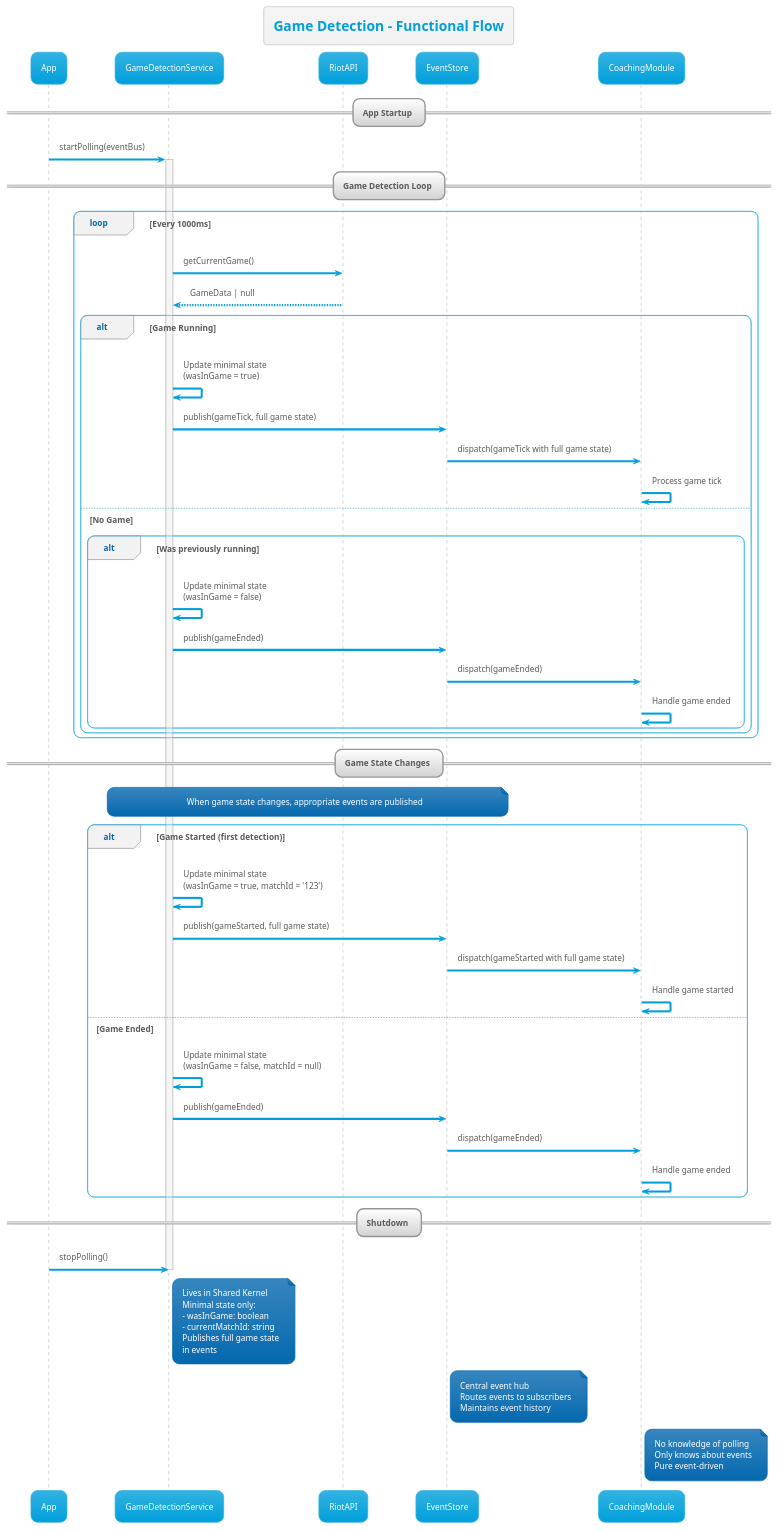
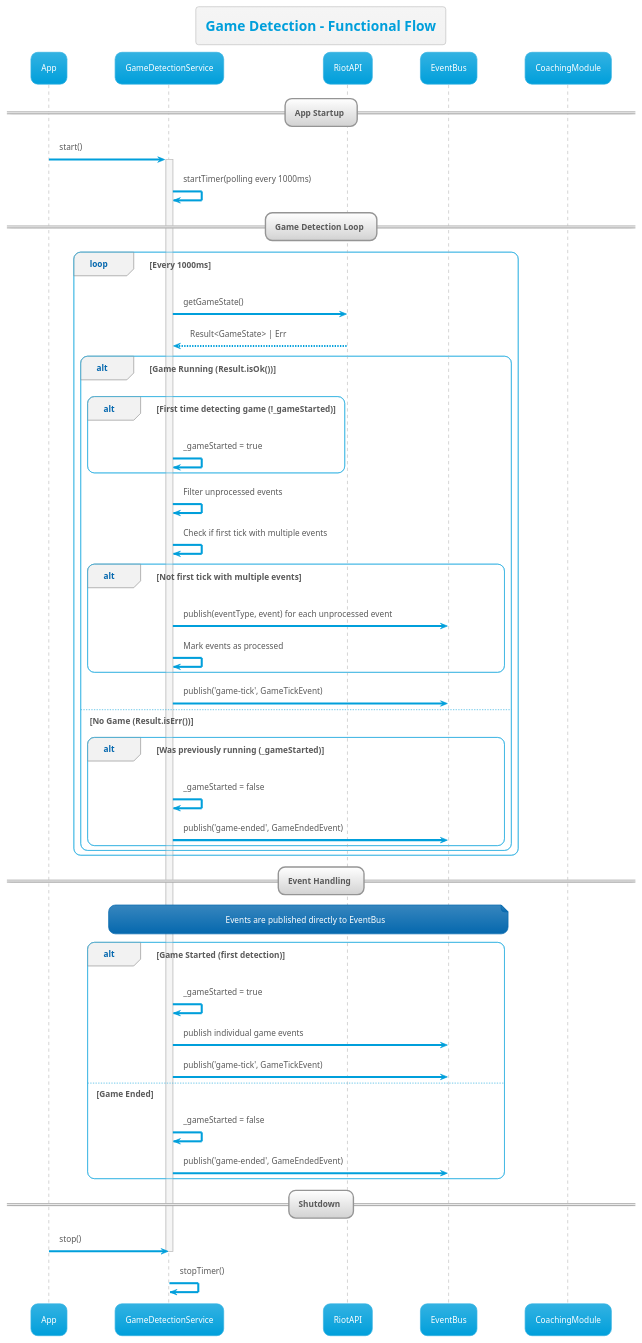
The diagram in docs/GameDetection.puml (donnyroufs/leaguedex.app), drawn with PlantUML before and after one commit. The commit also changed 60 other files, not shown here.

```diff
--- a/docs/GameDetection.puml
+++ b/docs/GameDetection.puml
@@ -1,61 +1,63 @@
 @startuml Game Detection
 !theme bluegray
 
 title Game Detection - Functional Flow
 
 participant "App" as App
 participant "GameDetectionService" as GDS
 participant "RiotAPI" as API
-participant "EventStore" as ES
+participant "EventBus" as EB
 participant "CoachingModule" as CM
 
 == App Startup ==
-App -> GDS: startPolling(eventBus)
+App -> GDS: start()
 activate GDS
+GDS -> GDS: startTimer(polling every 1000ms)
 
 == Game Detection Loop ==
 loop Every 1000ms
-    GDS -> API: getCurrentGame()
-    API --> GDS: GameData | null
+    GDS -> API: getGameState()
+    API --> GDS: Result<GameState> | Err
 
-    alt Game Running
-        GDS -> GDS: Update minimal state\n(wasInGame = true)
-        GDS -> ES: publish(gameTick, full game state)
-        ES -> CM: dispatch(gameTick with full game state)
-        CM -> CM: Process game tick
-    else No Game
-        alt Was previously running
-            GDS -> GDS: Update minimal state\n(wasInGame = false)
-            GDS -> ES: publish(gameEnded)
-            ES -> CM: dispatch(gameEnded)
-            CM -> CM: Handle game ended
+    alt Game Running (Result.isOk())
+        alt First time detecting game (!_gameStarted)
+            GDS -> GDS: _gameStarted = true
+        end
+
+        GDS -> GDS: Filter unprocessed events
+        GDS -> GDS: Check if first tick with multiple events
+
+        alt Not first tick with multiple events
+            GDS -> EB: publish(eventType, event) for each unprocessed event
+            GDS -> GDS: Mark events as processed
+        end
+
+        GDS -> EB: publish('game-tick', GameTickEvent)
+
+    else No Game (Result.isErr())
+        alt Was previously running (_gameStarted)
+            GDS -> GDS: _gameStarted = false
+            GDS -> EB: publish('game-ended', GameEndedEvent)
         end
     end
 end
 
-== Game State Changes ==
-note over GDS, ES : When game state changes, appropriate events are published
+== Event Handling ==
+note over GDS, EB : Events are published directly to EventBus
 
 alt Game Started (first detection)
-    GDS -> GDS: Update minimal state\n(wasInGame = true, matchId = '123')
-    GDS -> ES: publish(gameStarted, full game state)
-    ES -> CM: dispatch(gameStarted with full game state)
-    CM -> CM: Handle game started
+    GDS -> GDS: _gameStarted = true
+    GDS -> EB: publish individual game events
+    GDS -> EB: publish('game-tick', GameTickEvent)
 else Game Ended
-    GDS -> GDS: Update minimal state\n(wasInGame = false, matchId = null)
-    GDS -> ES: publish(gameEnded)
-    ES -> CM: dispatch(gameEnded)
-    CM -> CM: Handle game ended
+    GDS -> GDS: _gameStarted = false
+    GDS -> EB: publish('game-ended', GameEndedEvent)
 end
 
 == Shutdown ==
-App -> GDS: stopPolling()
+App -> GDS: stop()
 deactivate GDS
+GDS -> GDS: stopTimer()
 
-note right of GDS : Lives in Shared Kernel\nMinimal state only:\n- wasInGame: boolean\n- currentMatchId: string\nPublishes full game state\nin events
-
-note right of ES : Central event hub\nRoutes events to subscribers\nMaintains event history
-
-note right of CM : No knowledge of polling\nOnly knows about events\nPure event-driven
 
 @enduml
```
